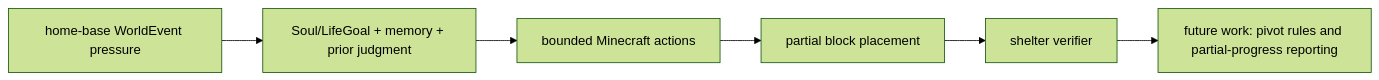
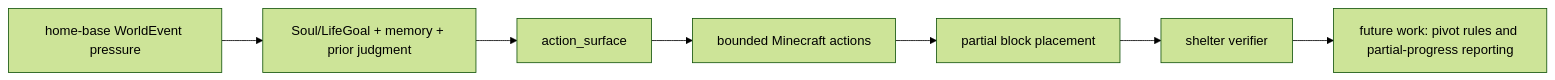
The second of 2 diagrams in docs/docs/intro.md (gigio1023/minecraft-llm-agent-community), drawn with Mermaid (forest theme) before and after one commit. The commit also changed other lines of this file and 28 other files, not shown here.

First line of the commit message:
runtime: add autonomy substrate action surface

````diff
--- a/docs/docs/intro.md
+++ b/docs/docs/intro.md
@@ -71,15 +75,17 @@
 ```mermaid
 flowchart LR
   Goal["home-base WorldEvent pressure"]
   Context["Soul/LifeGoal + memory + prior judgment"]
+  Surface["action_surface"]
   Action["bounded Minecraft actions"]
   Partial["partial block placement"]
   Verifier["shelter verifier"]
   Future["future work: pivot rules and partial-progress reporting"]
 
   Goal --> Context
-  Context --> Action
+  Context --> Surface
+  Surface --> Action
   Action --> Partial
   Partial --> Verifier
   Verifier --> Future
 ```
````
